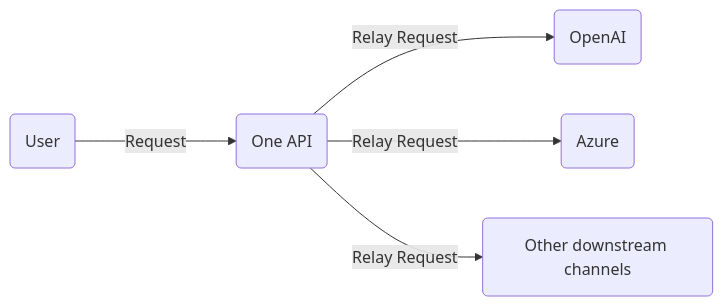
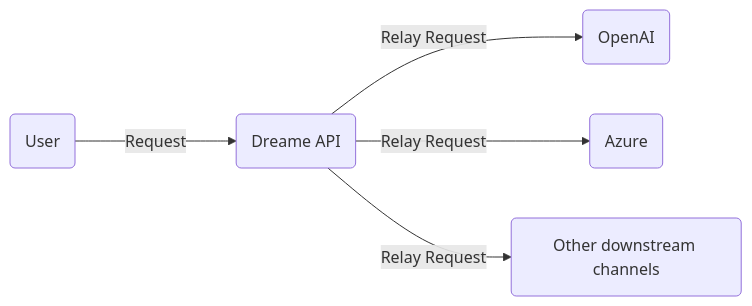
One commit to knightgao/dreame-api changed the diagram in README.en.md. Above: the diagram before and after it, drawn with Mermaid. The commit also changed other lines of this file and 27 other files, not shown here.

````diff
--- a/README.en.md
+++ b/README.en.md
@@ -223,8 +223,8 @@
 ```mermaid
 graph LR
     A(User)
-    A --->|Request| B(One API)
+    A --->|Request| B(Dreame API)
     B -->|Relay Request| C(OpenAI)
     B -->|Relay Request| D(Azure)
     B -->|Relay Request| E(Other downstream channels)
 ```
````
